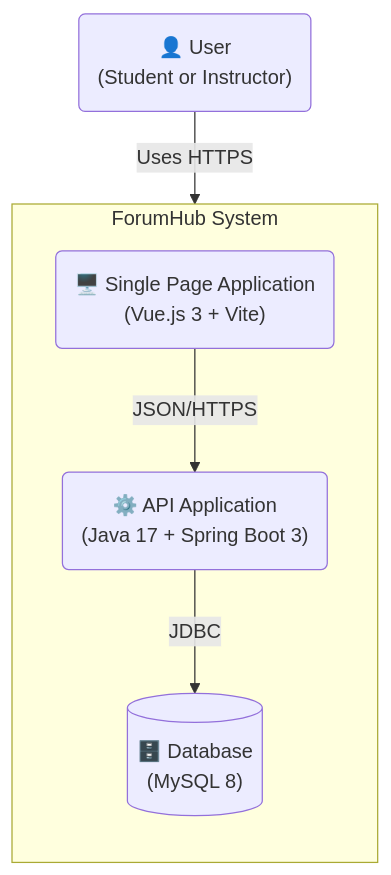
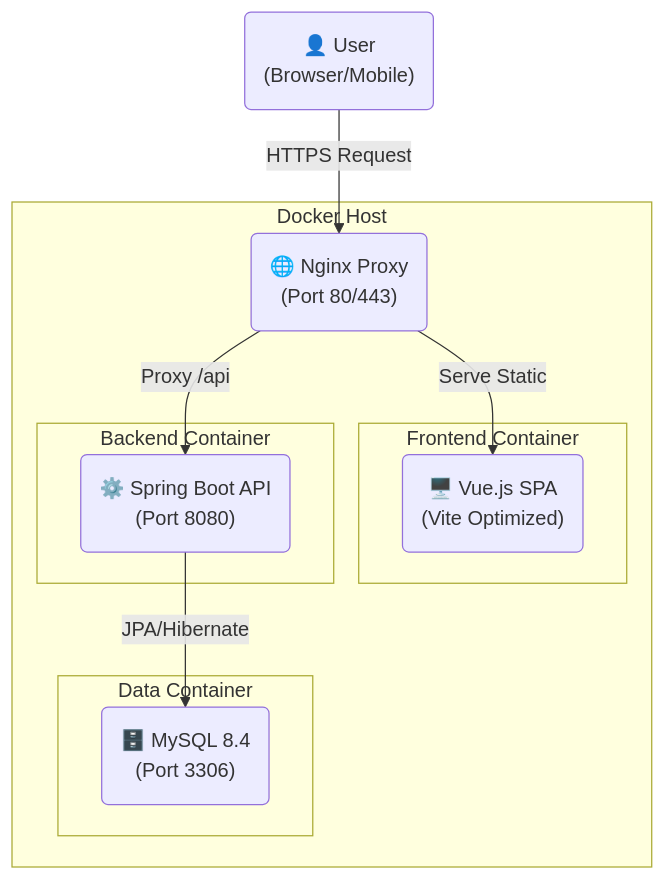
One commit to DessimA/forum-hub changed the first of 3 diagrams in docs/en/02-architecture.md. Above: the diagram before and after it, drawn with Mermaid. The commit also changed other lines of this file and 49 other files, not shown here.

````diff
--- a/docs/en/02-architecture.md
+++ b/docs/en/02-architecture.md
@@ -11,15 +11,25 @@
 ```mermaid
 graph TD
-    User("👤 User<br/>(Student or Instructor)")
-
-    subgraph ForumHub [ForumHub System]
-        direction TB
-        SPA("🖥️ Single Page Application<br/>(Vue.js 3 + Vite)")
-        API("⚙️ API Application<br/>(Java 17 + Spring Boot 3)")
-        DB[("🗄️ Database<br/>(MySQL 8)")]
+    User("👤 User<br/>(Browser/Mobile)")
+    
+    subgraph "Docker Host"
+        Nginx("🌐 Nginx Proxy<br/>(Port 80/443)")
+        
+        subgraph "Frontend Container"
+            VueApp("🖥️ Vue.js SPA<br/>(Vite Optimized)")
+        end
+        
+        subgraph "Backend Container"
+            SpringBoot("⚙️ Spring Boot API<br/>(Port 8080)")
+        end
+        
+        subgraph "Data Container"
+            MySQL("🗄️ MySQL 8.4<br/>(Port 3306)")
+        end
     end
 
-    User -->|Uses HTTPS| SPA
-    SPA -->|JSON/HTTPS| API
-    API -->|JDBC| DB
+    User -->|HTTPS Request| Nginx
+    Nginx -->|Serve Static| VueApp
+    Nginx -->|Proxy /api| SpringBoot
+    SpringBoot -->|JPA/Hibernate| MySQL
 ```
````
